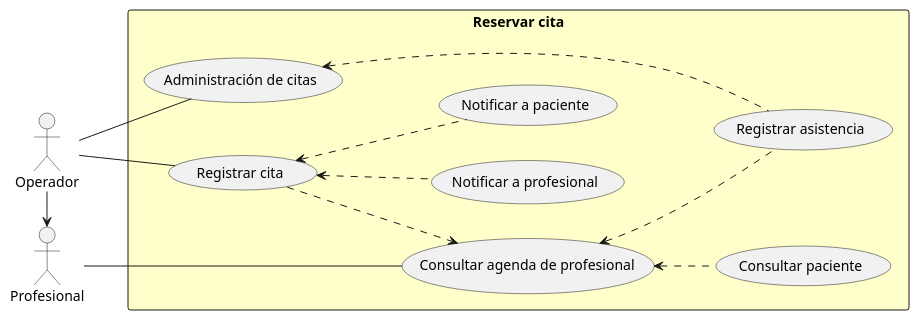
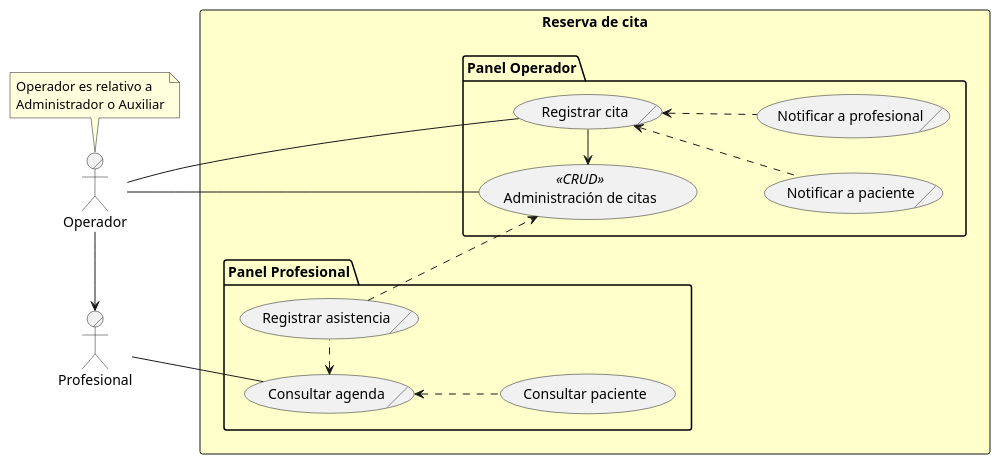
One commit to capsi-ucp/capsi-ucp.github.io changed the diagram in ROOT/modules/proyecto/puml/citas-business-usecase.puml. Above: the diagram before and after it, drawn with PlantUML.

Commit message:
Caso de uso de lógica de negocio para la reserva de citas

```diff
--- a/ROOT/modules/proyecto/puml/citas-business-usecase.puml
+++ b/ROOT/modules/proyecto/puml/citas-business-usecase.puml
@@ -1,25 +1,30 @@
 @startuml
 left to right direction
-actor Operador
-actor Profesional
-
-rectangle "Reservar cita" #BUSINESS {
-  usecase "Registrar cita" as Citar
-  usecase "Consultar agenda de profesional" as Agenda
-    usecase "Administración de citas" as AdminCitas
-  usecase "Consultar paciente" as ConsultarPaciente
-  usecase "Registrar asistencia" as Asistencia
-  usecase "Notificar a paciente" as NotificarPaciente
-  usecase "Notificar a profesional" as NotificarProfesional
+actor/ Operador
+actor/ Profesional
+note "Operador es relativo a\nAdministrador o Auxiliar" as Nota
+rectangle "Reserva de cita" #BUSINESS {
+  package "Panel Operador" {
+    usecase "Administración de citas" as AdminCitas << CRUD >>
+    usecase/ "Registrar cita" as Citar
+    usecase/ "Notificar a paciente" as NotificarPaciente
+    usecase/ "Notificar a profesional" as NotificarProfesional
+  }
+  package "Panel Profesional" {
+    usecase/ "Consultar agenda" as Agenda
+    usecase "Consultar paciente" as ConsultarPaciente
+    usecase/ "Registrar asistencia" as Asistencia
+  }
 }
 Operador -- AdminCitas
 Operador -- Citar
 Profesional -- Agenda
+Nota -> Operador
 Operador -> Profesional
-Citar <-. NotificarPaciente
-Citar <-. NotificarProfesional
-Citar -.> Agenda
-Agenda <.- ConsultarPaciente
-Agenda <.- Asistencia
-AdminCitas <.-- Asistencia
+Citar -> AdminCitas
+Citar <.. NotificarPaciente
+Citar <.. NotificarProfesional
+Agenda <.. ConsultarPaciente
+Agenda <. Asistencia
+Asistencia -.> AdminCitas
 @enduml
```
